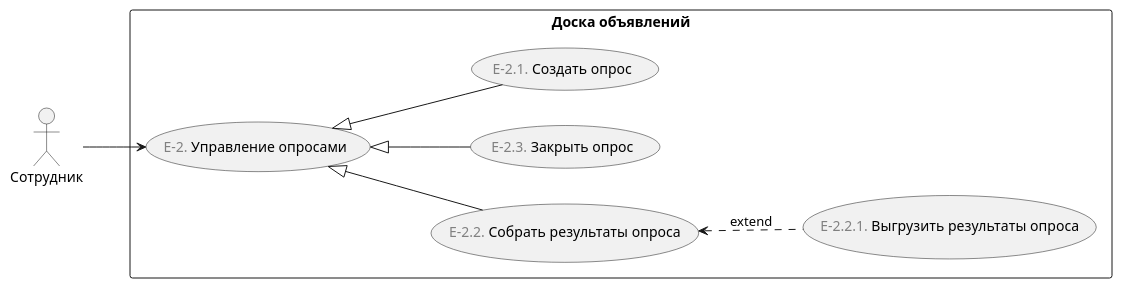
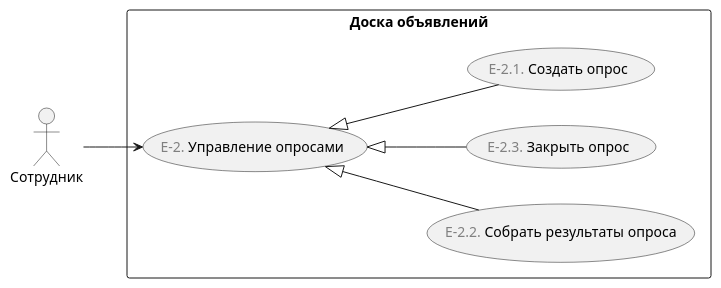
One commit to astu-app/ASTU-Bulletin-Board-Server changed the diagram in doc/диаграммы/варианты-использования/управление-опросами.puml. Above: the diagram before and after it, drawn with PlantUML. The commit also changed 9 other files, not shown here.

Commit message:
Удалил нереализованные варианты использования и добавил один новый в диаграмму и пометил удаляемые и добавляемые варианты использования в файле с реестром вариантов использования.

```diff
--- a/doc/диаграммы/варианты-использования/управление-опросами.puml
+++ b/doc/диаграммы/варианты-использования/управление-опросами.puml
@@ -1,20 +1,18 @@
 @startuml
 'https://plantuml.com/use-case-diagram
 
 left to right direction
 
 :Сотрудник: as employee
 
 rectangle "Доска объявлений" {
     (<font color="gray">E-2.</font> Управление опросами) as manage_surveys
     (<font color="gray">E-2.2.</font> Собрать результаты опроса) as collect_survey_results
 
     employee --> manage_surveys    
     manage_surveys <|-- (<font color="gray">E-2.3.</font> Закрыть опрос) 
     manage_surveys <|-- (<font color="gray">E-2.1.</font> Создать опрос)
     manage_surveys <|-- collect_survey_results
-    
-    collect_survey_results <.. (<font color="gray">E-2.2.1.</font> Выгрузить результаты опроса) : extend
 }
 
 @enduml
```
